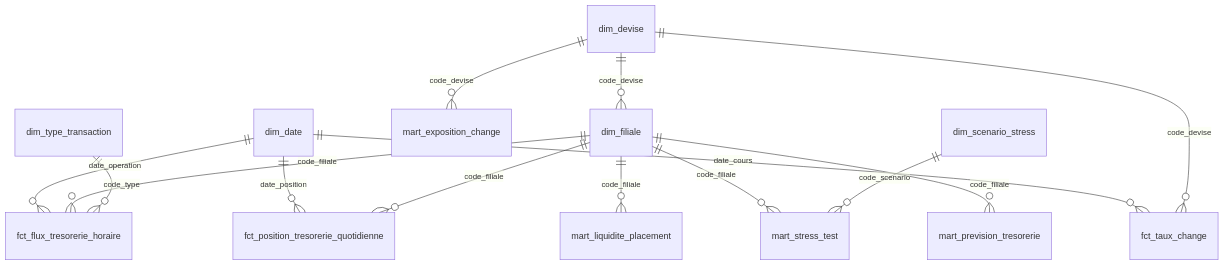
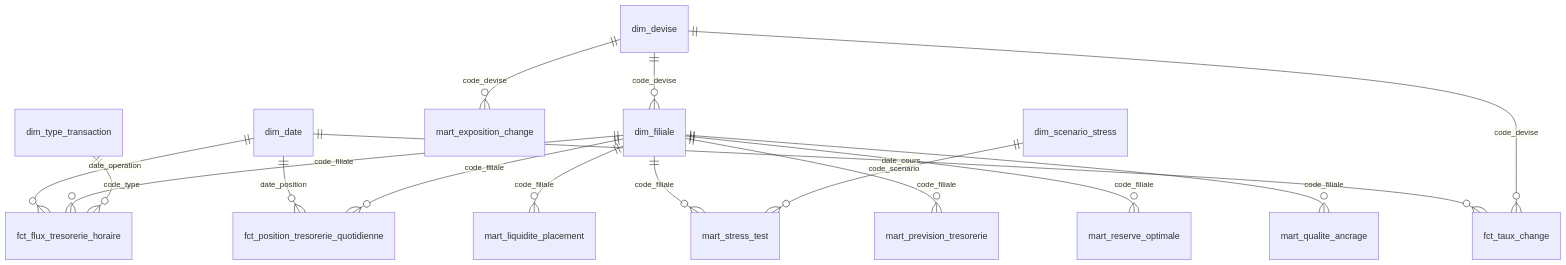
One commit to mehdi182003/projet_bi_finance changed the second of 2 diagrams in README.md. Above: the diagram before and after it, drawn with Mermaid. The commit also changed other lines of this file and 94 other files, not shown here.

````diff
--- a/README.md
+++ b/README.md
@@ -176,16 +160,18 @@
 ```mermaid
 erDiagram
     dim_date ||--o{ fct_flux_tresorerie_horaire : date_operation
     dim_date ||--o{ fct_position_tresorerie_quotidienne : date_position
     dim_date ||--o{ fct_taux_change : date_cours
     dim_filiale ||--o{ fct_flux_tresorerie_horaire : code_filiale
     dim_filiale ||--o{ fct_position_tresorerie_quotidienne : code_filiale
     dim_filiale ||--o{ mart_liquidite_placement : code_filiale
     dim_filiale ||--o{ mart_stress_test : code_filiale
     dim_filiale ||--o{ mart_prevision_tresorerie : code_filiale
+    dim_filiale ||--o{ mart_reserve_optimale : code_filiale
+    dim_filiale ||--o{ mart_qualite_ancrage : code_filiale
     dim_devise ||--o{ dim_filiale : code_devise
     dim_devise ||--o{ fct_taux_change : code_devise
     dim_devise ||--o{ mart_exposition_change : code_devise
     dim_type_transaction ||--o{ fct_flux_tresorerie_horaire : code_type
     dim_scenario_stress ||--o{ mart_stress_test : code_scenario
 ```
````
